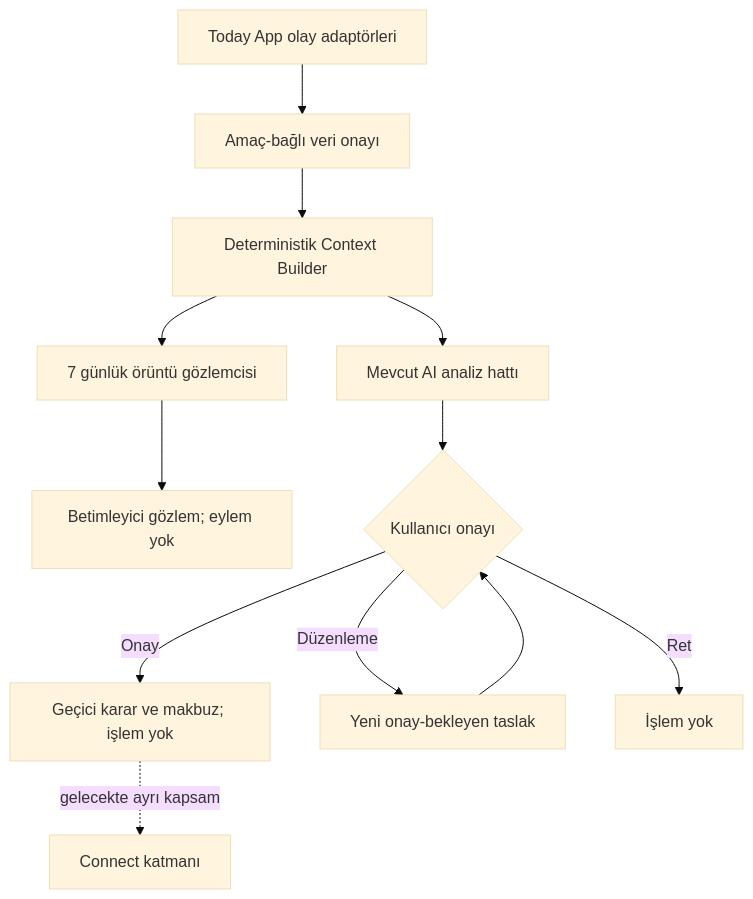
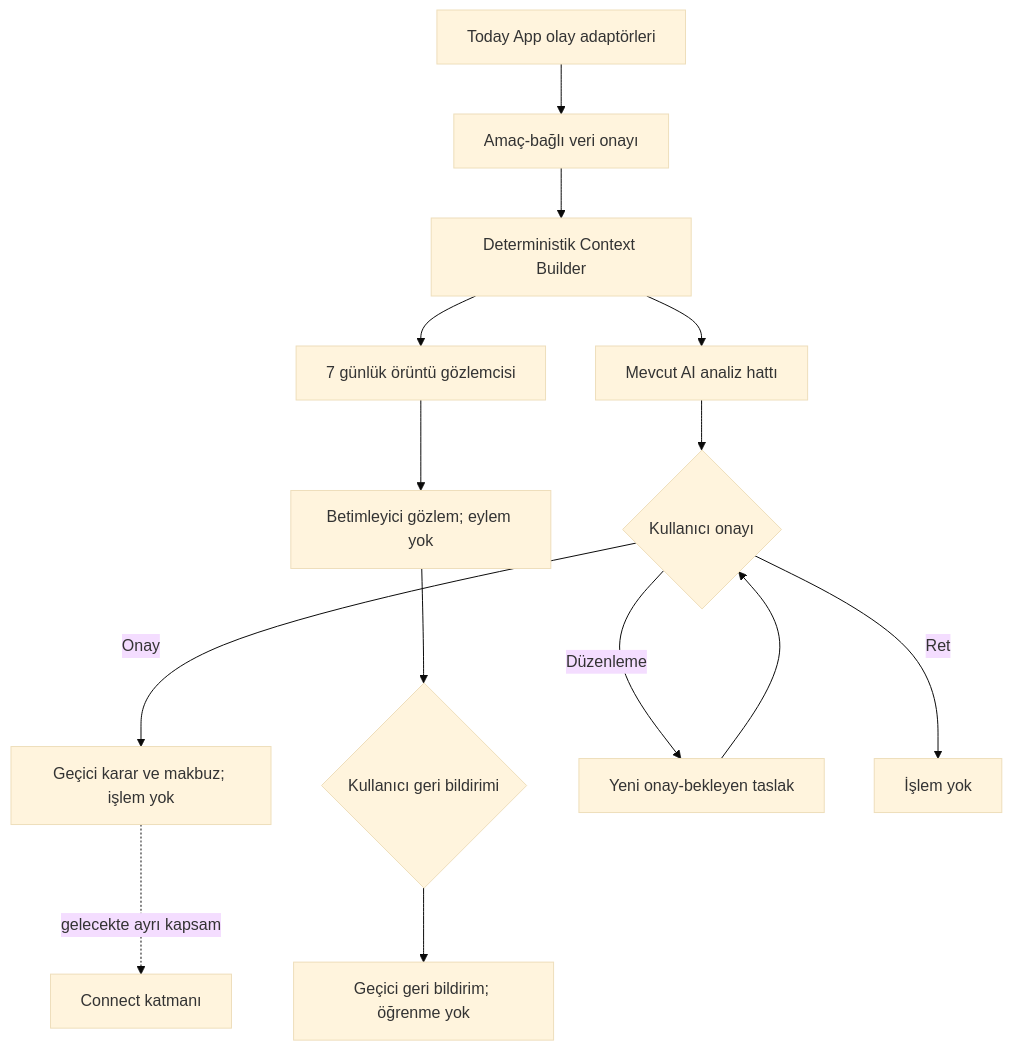
One commit to mtayfunturk-collab/Today changed the diagram in Today-AI-Engine/docs/ARCHITECTURE.md. Above: the diagram before and after it, drawn with Mermaid (base theme). The commit also changed other lines of this file and 7 other files, not shown here.

````diff
--- a/Today-AI-Engine/docs/ARCHITECTURE.md
+++ b/Today-AI-Engine/docs/ARCHITECTURE.md
@@ -27,14 +29,16 @@
 ```mermaid
 flowchart TD
   A["Today App olay adaptörleri"] --> B["Amaç-bağlı veri onayı"]
   B --> C["Deterministik Context Builder"]
   C --> D["Mevcut AI analiz hattı"]
   C --> J["7 günlük örüntü gözlemcisi"]
   J --> K["Betimleyici gözlem; eylem yok"]
+  K --> L{"Kullanıcı geri bildirimi"}
+  L --> M["Geçici geri bildirim; öğrenme yok"]
   D --> E{"Kullanıcı onayı"}
   E -->|"Onay"| F["Geçici karar ve makbuz; işlem yok"]
   E -->|"Düzenleme"| H["Yeni onay-bekleyen taslak"]
   H --> E
   E -->|"Ret"| G["İşlem yok"]
   F -. "gelecekte ayrı kapsam" .-> I["Connect katmanı"]
 ```
````
